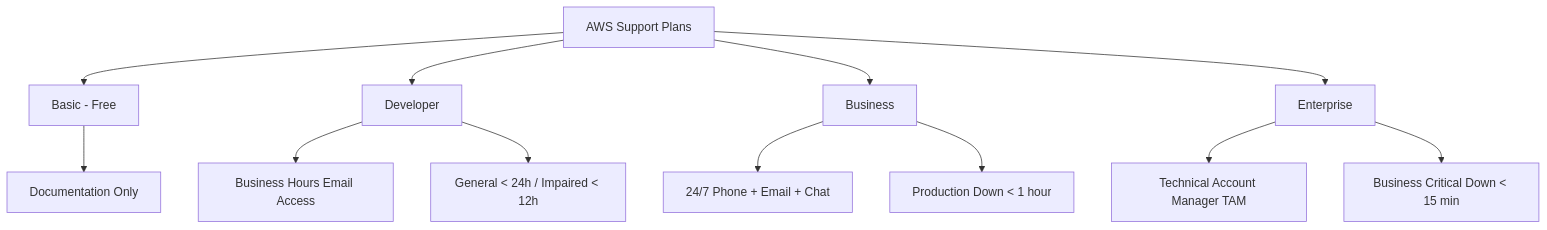
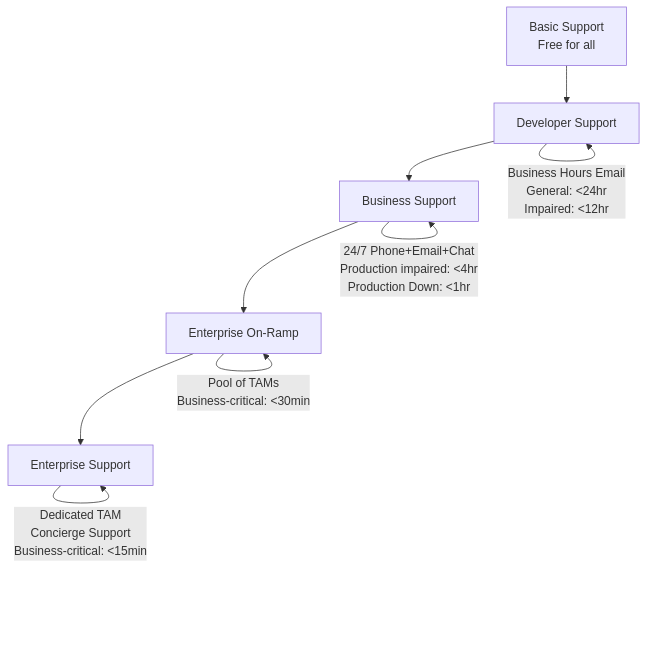
Before and after one commit to muhammad-khaled-tech/My-Study-Notes: diagram 20 of 20 in Aws practitioner/aws_domain1_cloud_concepts.md, drawn with Mermaid. The commit also changed other lines of this file and 3 other files, not shown here.

````diff
--- a/Aws practitioner/aws_domain1_cloud_concepts.md
+++ b/Aws practitioner/aws_domain1_cloud_concepts.md
@@ -1180,14 +1166,12 @@
 ```mermaid
-graph TD
-    A[AWS Support Plans] --> B[Basic - Free]
-    A --> C[Developer]
-    A --> D[Business]
-    A --> E[Enterprise]
-    B --> B1[Documentation Only]
-    C --> C1[Business Hours Email Access]
-    C --> C2[General < 24h / Impaired < 12h]
-    D --> D1[24/7 Phone + Email + Chat]
-    D --> D2[Production Down < 1 hour]
-    E --> E1[Technical Account Manager TAM]
-    E --> E2[Business Critical Down < 15 min]
+flowchart TB
+    A[Basic Support<br/>Free for all] --> B[Developer Support]
+    B --> C[Business Support]
+    C --> D[Enterprise On-Ramp]
+    D --> E[Enterprise Support]
+    
+    B -->|"Business Hours Email<br/>General: <24hr<br/>Impaired: <12hr"| B
+    C -->|"24/7 Phone+Email+Chat<br/>Production impaired: <4hr<br/>Production Down: <1hr"| C
+    D -->|"Pool of TAMs<br/>Business-critical: <30min"| D
+    E -->|"Dedicated TAM<br/>Concierge Support<br/>Business-critical: <15min"| E
 ```
````
